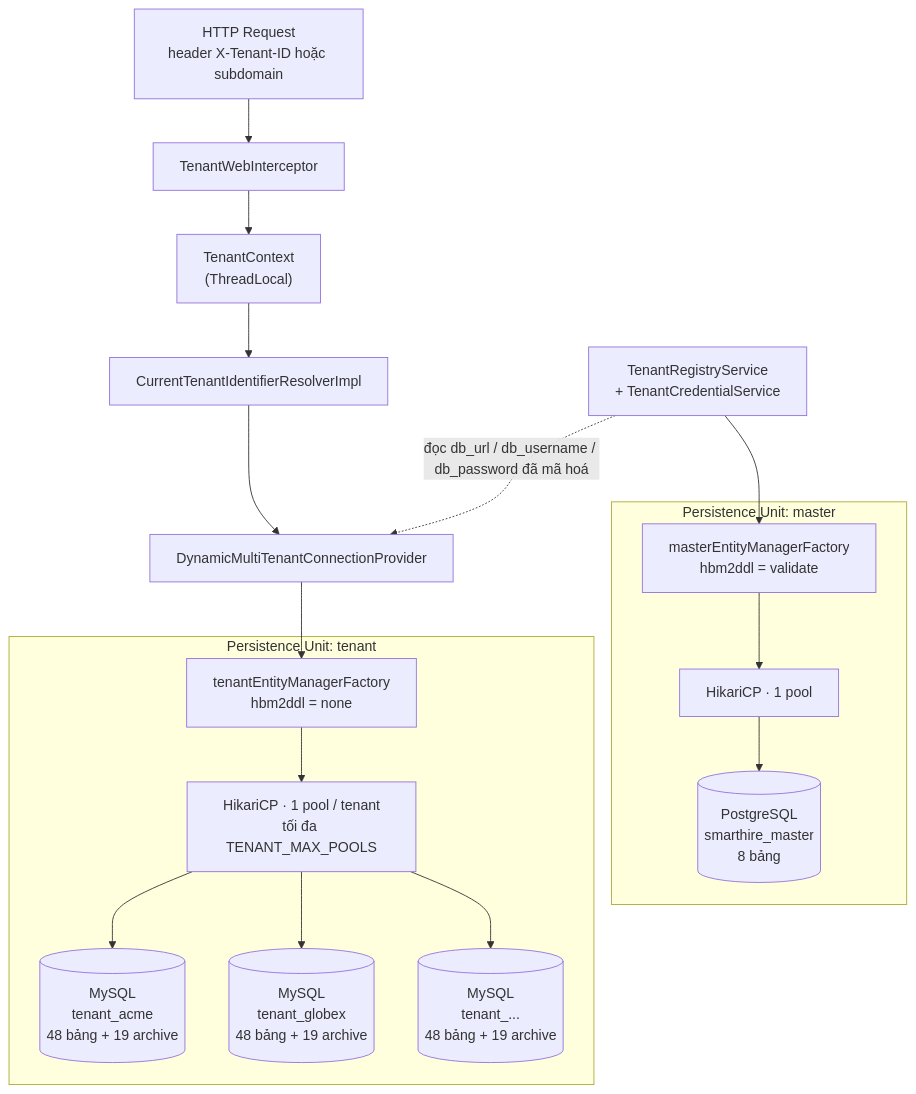
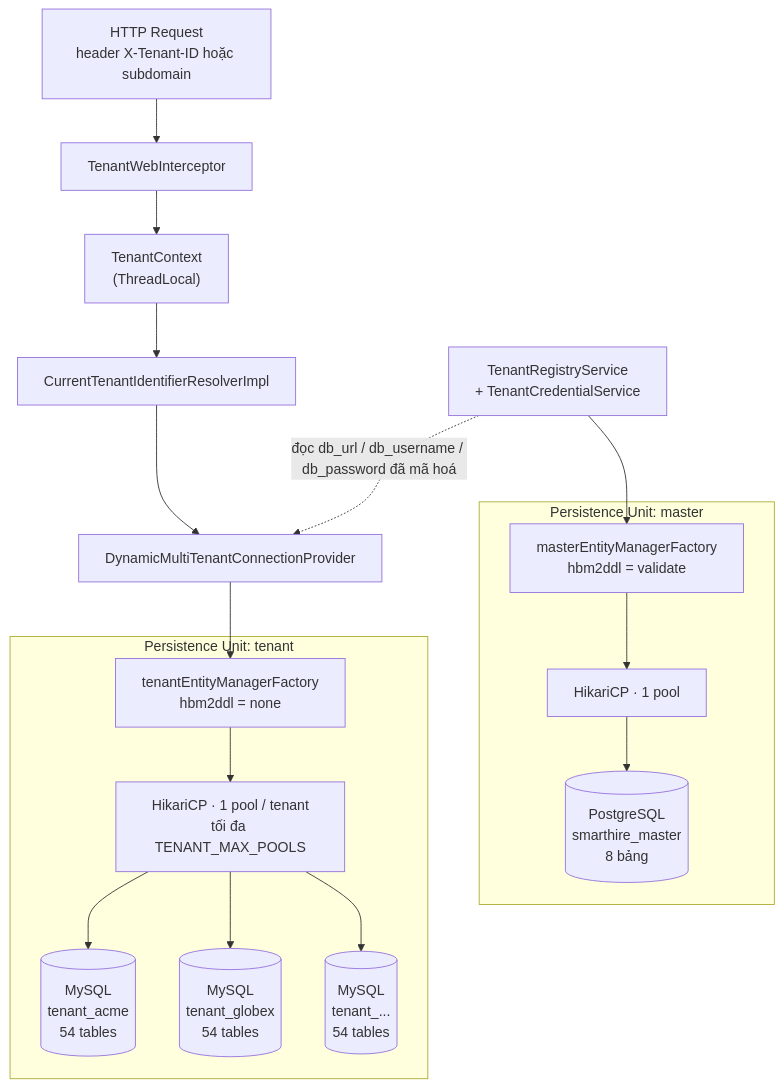
Before and after one commit to hieupnh12/SmartHire-AI: the first of 11 diagrams in docs/database/README.md, drawn with Mermaid. The commit also changed other lines of this file and 26 other files, not shown here.

````diff
--- a/docs/database/README.md
+++ b/docs/database/README.md
@@ -55,32 +56,32 @@
 ```mermaid
 flowchart TB
     REQ["HTTP Request<br/>header X-Tenant-ID hoặc subdomain"]
     ITC["TenantWebInterceptor"]
     CTX["TenantContext<br/>(ThreadLocal)"]
     RES["CurrentTenantIdentifierResolverImpl"]
     REG["TenantRegistryService<br/>+ TenantCredentialService"]
     PRV["DynamicMultiTenantConnectionProvider"]
 
     subgraph MASTER["Persistence Unit: master"]
         MEMF["masterEntityManagerFactory<br/>hbm2ddl = validate"]
         MDS["HikariCP · 1 pool"]
         PG[("PostgreSQL<br/>smarthire_master<br/>8 bảng")]
     end
 
     subgraph TENANT["Persistence Unit: tenant"]
         TEMF["tenantEntityManagerFactory<br/>hbm2ddl = none"]
         TDS["HikariCP · 1 pool / tenant<br/>tối đa TENANT_MAX_POOLS"]
-        MY1[("MySQL<br/>tenant_acme<br/>48 bảng + 19 archive")]
-        MY2[("MySQL<br/>tenant_globex<br/>48 bảng + 19 archive")]
-        MYN[("MySQL<br/>tenant_...<br/>48 bảng + 19 archive")]
+        MY1[("MySQL<br/>tenant_acme<br/>54 tables")]
+        MY2[("MySQL<br/>tenant_globex<br/>54 tables")]
+        MYN[("MySQL<br/>tenant_...<br/>54 tables")]
     end
 
     REQ --> ITC --> CTX --> RES --> PRV
     REG -. "đọc db_url / db_username / db_password đã mã hoá" .-> PRV
     REG --> MEMF
     MEMF --> MDS --> PG
     PRV --> TEMF --> TDS
     TDS --> MY1
     TDS --> MY2
     TDS --> MYN
 ```
````
